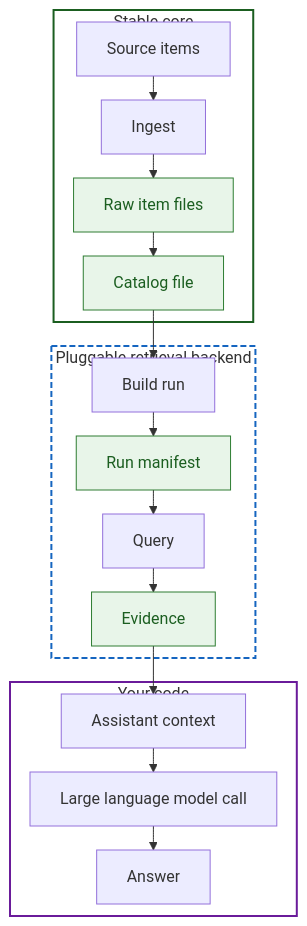
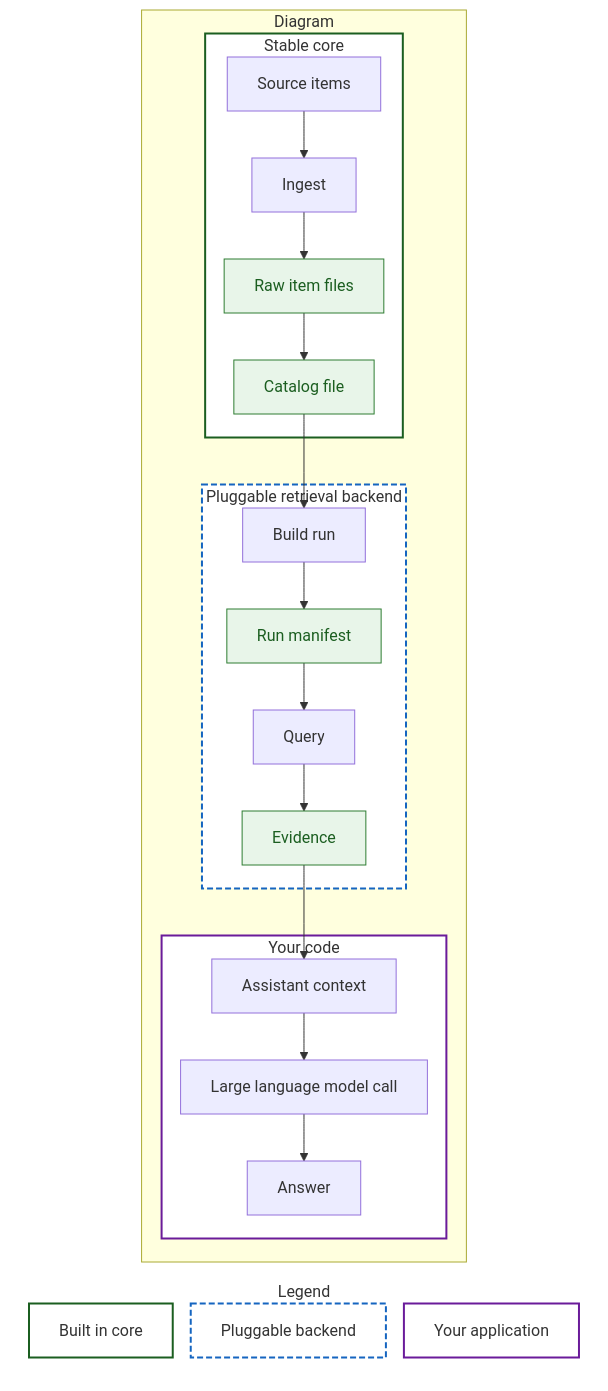
One commit to AnthusAI/Biblicus changed the diagram in README.md. Above: the diagram before and after it, drawn with Mermaid.

Commit message:
docs: move diagram legend back to left

````diff
--- a/README.md
+++ b/README.md
@@ -37,32 +37,48 @@
 ```mermaid
-%%{init: {"flowchart": {"useMaxWidth": true, "nodeSpacing": 20, "rankSpacing": 24}}}%%
-flowchart TD
-  subgraph StableCore[Stable core]
-    Source[Source items] --> Ingest[Ingest]
-    Ingest --> Raw[Raw item files]
-    Raw --> Catalog[Catalog file]
+%%{init: {"flowchart": {"useMaxWidth": true, "nodeSpacing": 18, "rankSpacing": 22}}}%%
+flowchart LR
+  subgraph Legend[Legend]
+    direction TB
+    LegendStable[Built in core]
+    LegendPluggable[Pluggable backend]
+    LegendYourCode[Your application]
   end
 
-  subgraph PluggableRetrievalBackend[Pluggable retrieval backend]
-    Build[Build run] --> Run[Run manifest]
-    Run --> Query[Query]
-    Query --> Evidence[Evidence]
+  subgraph Diagram[Diagram]
+    direction TB
+
+    subgraph StableCore[Stable core]
+      Source[Source items] --> Ingest[Ingest]
+      Ingest --> Raw[Raw item files]
+      Raw --> Catalog[Catalog file]
+    end
+
+    subgraph PluggableRetrievalBackend[Pluggable retrieval backend]
+      Build[Build run] --> Run[Run manifest]
+      Run --> Query[Query]
+      Query --> Evidence[Evidence]
+    end
+
+    Catalog --> Build
+    Evidence --> Context
+
+    subgraph YourCode[Your code]
+      Context[Assistant context] --> Model[Large language model call]
+      Model --> Answer[Answer]
+    end
+
+    style StableCore fill:#ffffff,stroke:#1b5e20,stroke-width:2px
+    style PluggableRetrievalBackend fill:#ffffff,stroke:#1565c0,stroke-dasharray:6 3,stroke-width:2px
+    style YourCode fill:#ffffff,stroke:#6a1b9a,stroke-width:2px
+
+    style Raw fill:#e8f5e9,stroke:#2e7d32,color:#1b5e20
+    style Catalog fill:#e8f5e9,stroke:#2e7d32,color:#1b5e20
+    style Run fill:#e8f5e9,stroke:#2e7d32,color:#1b5e20
+    style Evidence fill:#e8f5e9,stroke:#2e7d32,color:#1b5e20
   end
 
-  Catalog --> Build
-  Evidence --> Context
-
-  subgraph YourCode[Your code]
-    Context[Assistant context] --> Model[Large language model call]
-    Model --> Answer[Answer]
-  end
-
-  style StableCore fill:#ffffff,stroke:#1b5e20,stroke-width:2px
-  style PluggableRetrievalBackend fill:#ffffff,stroke:#1565c0,stroke-dasharray:6 3,stroke-width:2px
-  style YourCode fill:#ffffff,stroke:#6a1b9a,stroke-width:2px
-
-  style Raw fill:#e8f5e9,stroke:#2e7d32,color:#1b5e20
-  style Catalog fill:#e8f5e9,stroke:#2e7d32,color:#1b5e20
-  style Run fill:#e8f5e9,stroke:#2e7d32,color:#1b5e20
-  style Evidence fill:#e8f5e9,stroke:#2e7d32,color:#1b5e20
+  style Legend fill:#ffffff,stroke:#ffffff
+  style LegendStable fill:#ffffff,stroke:#1b5e20,stroke-width:2px
+  style LegendPluggable fill:#ffffff,stroke:#1565c0,stroke-dasharray:6 3,stroke-width:2px
+  style LegendYourCode fill:#ffffff,stroke:#6a1b9a,stroke-width:2px
 ```
````
